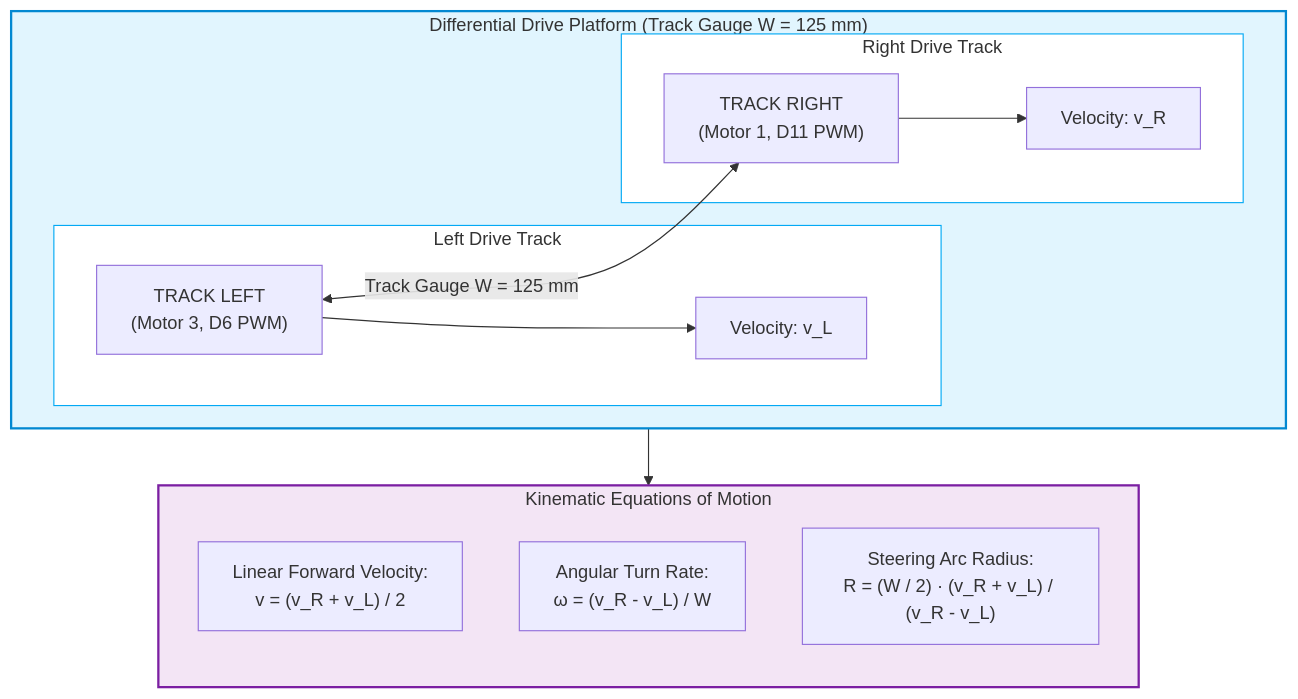
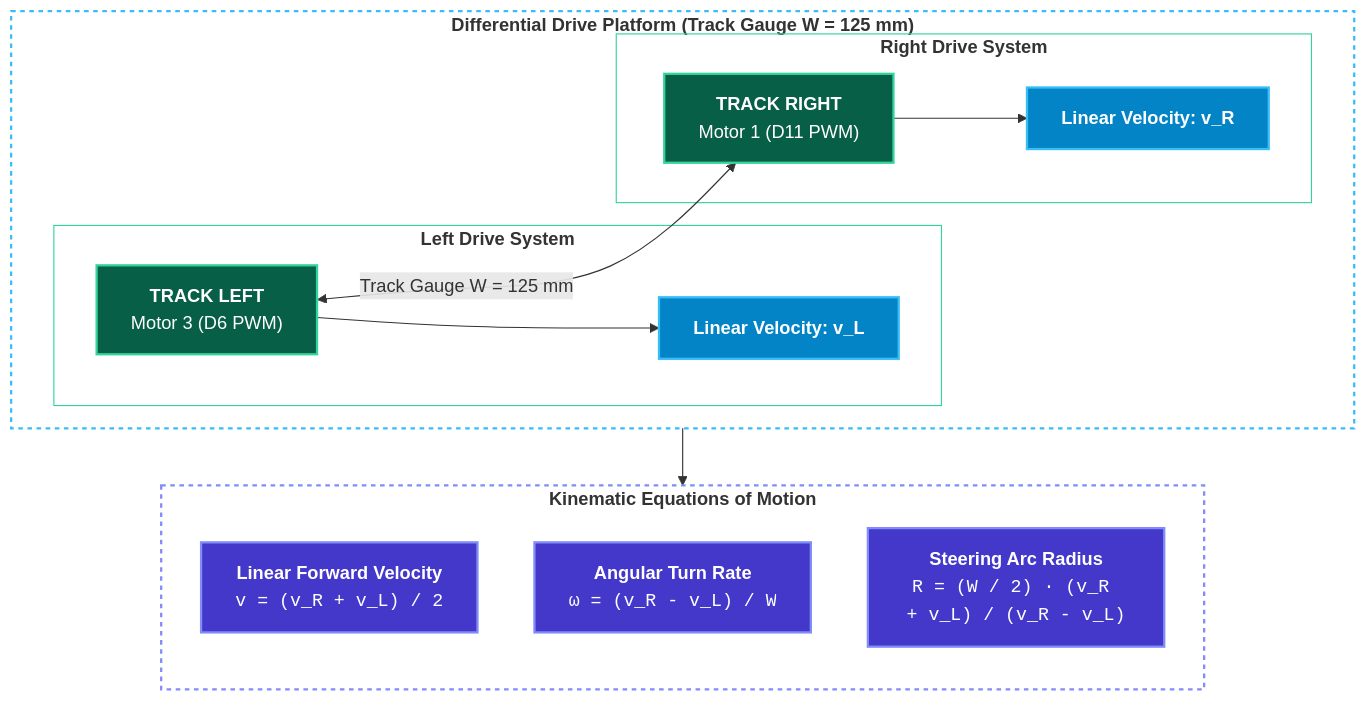
One commit to dof2bot/trackedbot changed the second of 2 diagrams in body/README.md. Above: the diagram before and after it, drawn with Mermaid. The commit also changed other lines of this file and 8 other files, not shown here.

````diff
--- a/body/README.md
+++ b/body/README.md
@@ -152,29 +173,37 @@
 ```mermaid
 flowchart TD
-    subgraph CHASSIS ["Differential Drive Platform (Track Gauge W = 125 mm)"]
+    subgraph CHASSIS ["<b>Differential Drive Platform (Track Gauge W = 125 mm)</b>"]
         direction LR
-        subgraph LEFT_SIDE ["Left Drive Track"]
-            TL["TRACK LEFT<br/>(Motor 3, D6 PWM)"] --> VL["Velocity: v_L"]
+        subgraph LEFT_SIDE ["<b>Left Drive System</b>"]
+            TL["<b>TRACK LEFT</b><br/>Motor 3 (D6 PWM)"] --> VL["<b>Linear Velocity: v_L</b>"]
         end
 
         TL <-->|"Track Gauge W = 125 mm"| TR
 
-        subgraph RIGHT_SIDE ["Right Drive Track"]
-            TR["TRACK RIGHT<br/>(Motor 1, D11 PWM)"] --> VR["Velocity: v_R"]
+        subgraph RIGHT_SIDE ["<b>Right Drive System</b>"]
+            TR["<b>TRACK RIGHT</b><br/>Motor 1 (D11 PWM)"] --> VR["<b>Linear Velocity: v_R</b>"]
         end
     end
 
-    subgraph KINEMATICS ["Kinematic Equations of Motion"]
+    subgraph KINEMATICS ["<b>Kinematic Equations of Motion</b>"]
         direction TB
-        V_LIN["Linear Forward Velocity:<br/>v = (v_R + v_L) / 2"]
-        OMEGA["Angular Turn Rate:<br/>ω = (v_R - v_L) / W"]
-        RADIUS["Steering Arc Radius:<br/>R = (W / 2) · (v_R + v_L) / (v_R - v_L)"]
+        V_LIN["<b>Linear Forward Velocity</b><br/><code>v = (v_R + v_L) / 2</code>"]
+        OMEGA["<b>Angular Turn Rate</b><br/><code>ω = (v_R - v_L) / W</code>"]
+        RADIUS["<b>Steering Arc Radius</b><br/><code>R = (W / 2) · (v_R + v_L) / (v_R - v_L)</code>"]
     end
 
     CHASSIS --> KINEMATICS
 
-    style CHASSIS fill:#e1f5fe,stroke:#0288d1,stroke-width:2px
-    style LEFT_SIDE fill:#ffffff,stroke:#03a9f4,stroke-width:1px
-    style RIGHT_SIDE fill:#ffffff,stroke:#03a9f4,stroke-width:1px
-    style KINEMATICS fill:#f3e5f5,stroke:#7b1fa2,stroke-width:2px
+    classDef trackStyle fill:#065f46,stroke:#34d399,stroke-width:2px,color:#ffffff;
+    classDef velStyle fill:#0284c7,stroke:#38bdf8,stroke-width:2px,color:#ffffff;
+    classDef eqStyle fill:#4338ca,stroke:#818cf8,stroke-width:2px,color:#ffffff;
+
+    class TL,TR trackStyle;
+    class VL,VR velStyle;
+    class V_LIN,OMEGA,RADIUS eqStyle;
+
+    style CHASSIS fill:none,stroke:#38bdf8,stroke-width:2px,stroke-dasharray: 4 4
+    style LEFT_SIDE fill:none,stroke:#34d399,stroke-width:1px
+    style RIGHT_SIDE fill:none,stroke:#34d399,stroke-width:1px
+    style KINEMATICS fill:none,stroke:#818cf8,stroke-width:2px,stroke-dasharray: 4 4
 ```
````
